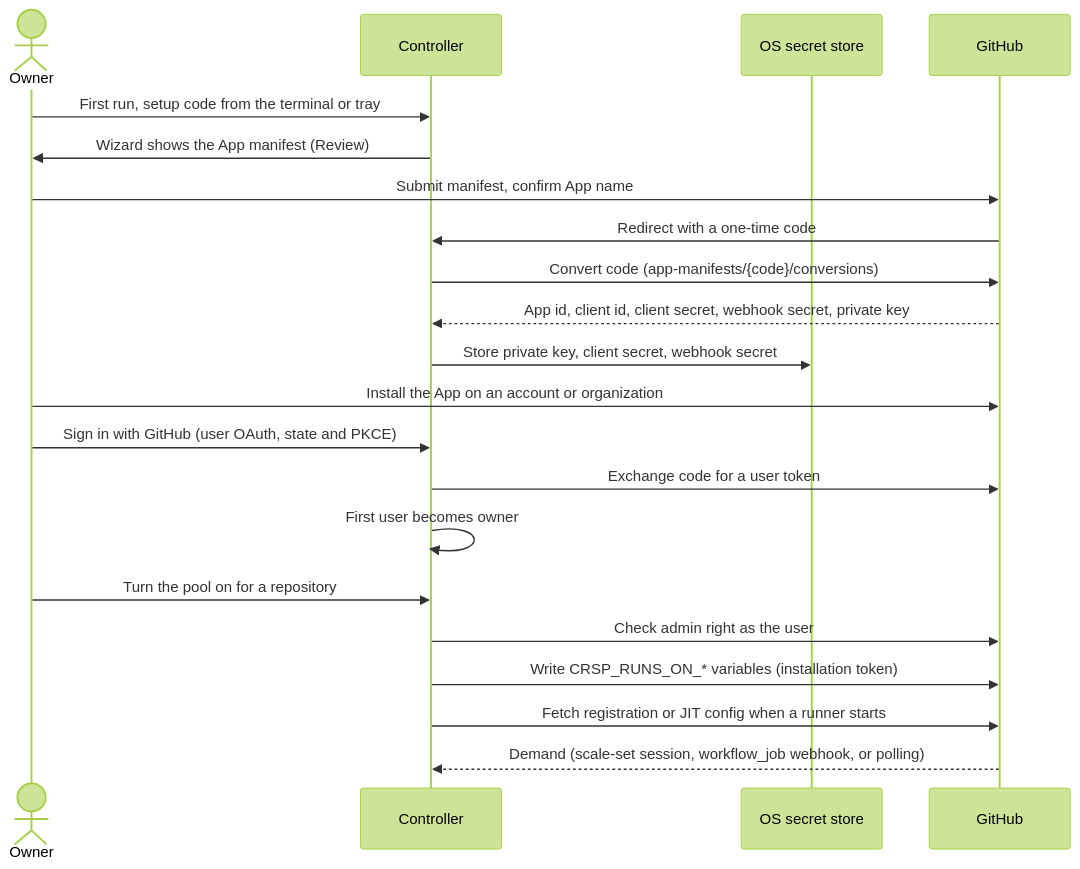
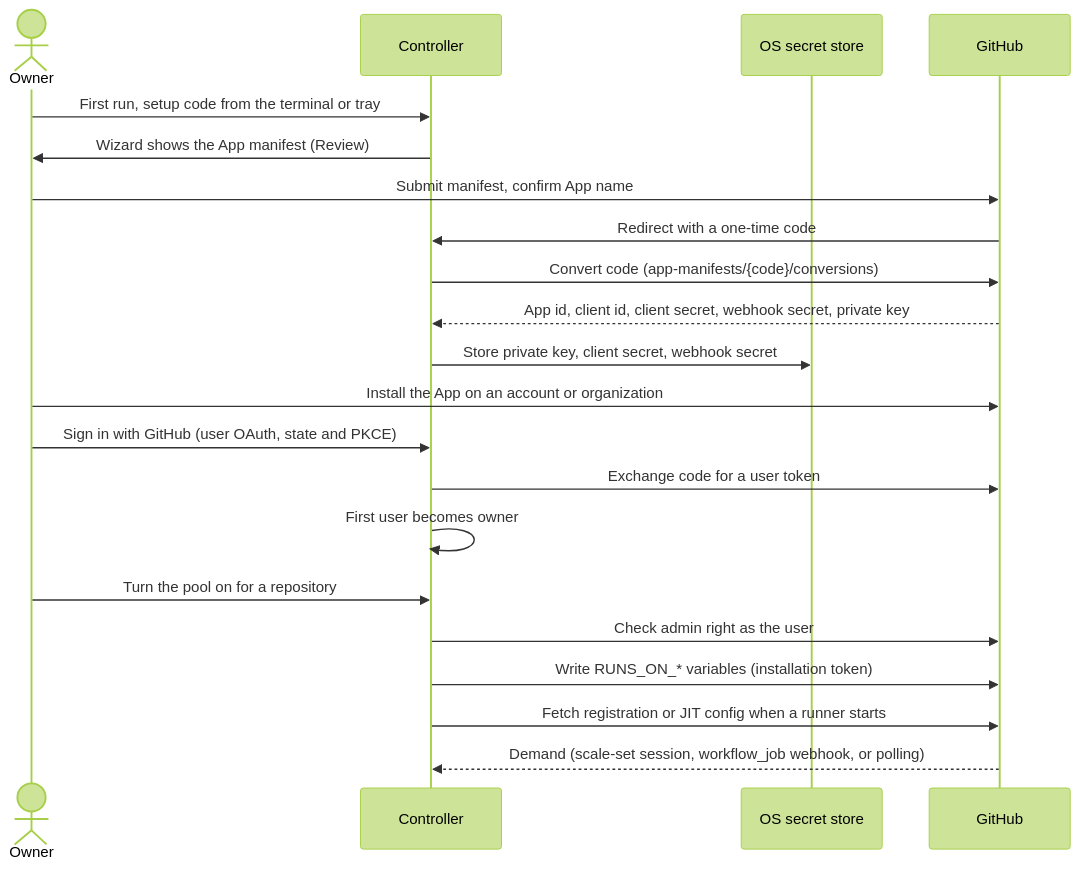
Before and after one commit to luis-mc/ci-runners-pool: the first of 2 diagrams in docs/features/github-integration/spec.md, drawn with Mermaid (forest theme). The commit also changed other lines of this file and 247 other files, not shown here.

````diff
--- a/docs/features/github-integration/spec.md
+++ b/docs/features/github-integration/spec.md
@@ -61,23 +61,23 @@
 ```mermaid
 sequenceDiagram
   actor O as Owner
   participant C as Controller
   participant S as OS secret store
   participant G as GitHub
   O->>C: First run, setup code from the terminal or tray
   C->>O: Wizard shows the App manifest (Review)
   O->>G: Submit manifest, confirm App name
   G->>C: Redirect with a one-time code
   C->>G: Convert code (app-manifests/{code}/conversions)
   G-->>C: App id, client id, client secret, webhook secret, private key
   C->>S: Store private key, client secret, webhook secret
   O->>G: Install the App on an account or organization
   O->>C: Sign in with GitHub (user OAuth, state and PKCE)
   C->>G: Exchange code for a user token
   C->>C: First user becomes owner
   O->>C: Turn the pool on for a repository
   C->>G: Check admin right as the user
-  C->>G: Write CRSP_RUNS_ON_* variables (installation token)
+  C->>G: Write RUNS_ON_* variables (installation token)
   C->>G: Fetch registration or JIT config when a runner starts
   G-->>C: Demand (scale-set session, workflow_job webhook, or polling)
 ```
````
